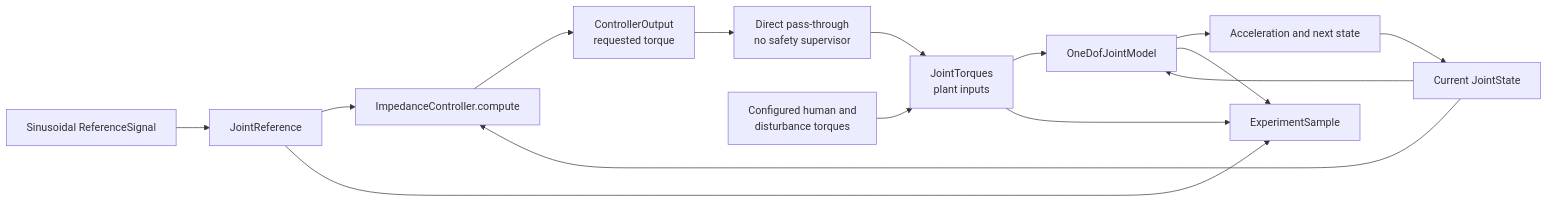
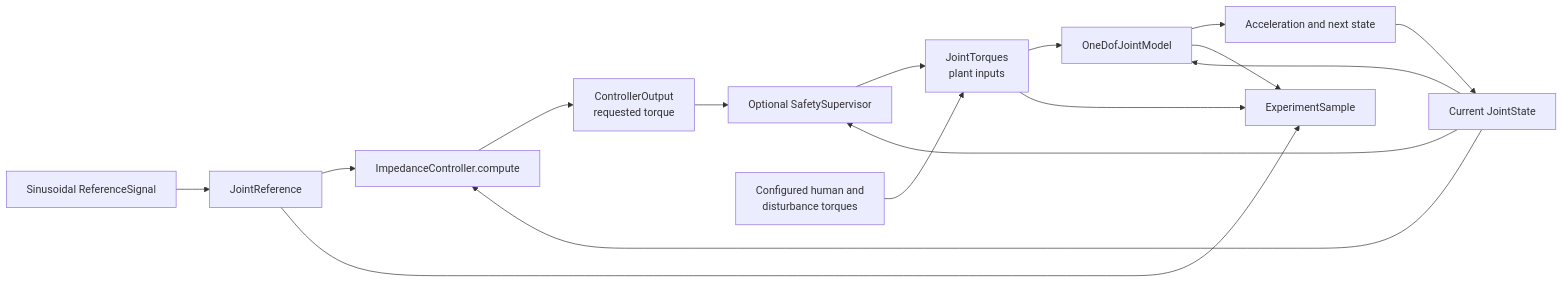
The diagram in docs/impedance_controller.md (LeMonsieurPompidou/adaptive-assist), drawn with Mermaid before and after one commit. The commit also changed other lines of this file and 35 other files, not shown here.

Commit message:
feat: add independent safety supervisor

````diff
--- a/docs/impedance_controller.md
+++ b/docs/impedance_controller.md
@@ -50,17 +51,18 @@
 ```mermaid
 flowchart LR
     A[Sinusoidal ReferenceSignal] --> B[JointReference]
     C[Current JointState] --> D[ImpedanceController.compute]
     B --> D
     D --> E[ControllerOutput<br/>requested torque]
-    E --> F[Direct pass-through<br/>no safety supervisor]
+    E --> F[Optional SafetySupervisor]
+    C --> F
     G[Configured human and<br/>disturbance torques] --> H[JointTorques<br/>plant inputs]
     F --> H
     H --> I[OneDofJointModel]
     C --> I
     I --> J[Acceleration and next state]
     B --> K[ExperimentSample]
     H --> K
     I --> K
     J --> C
 ```
````
